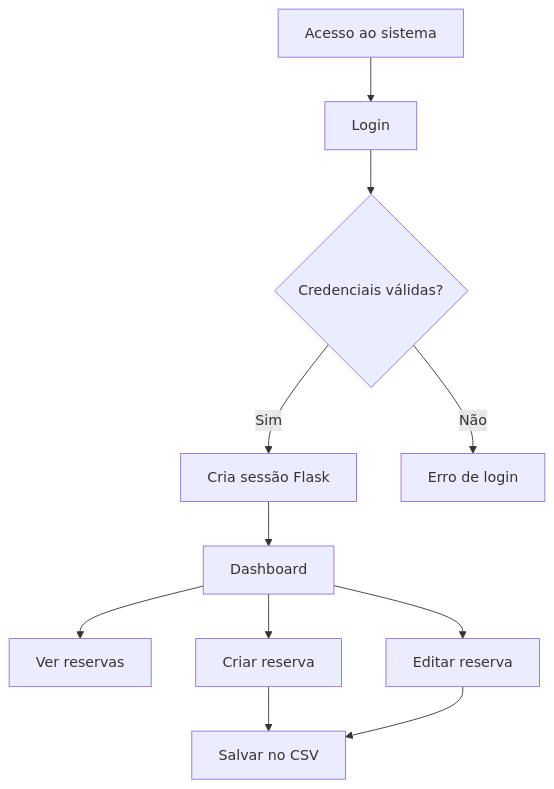
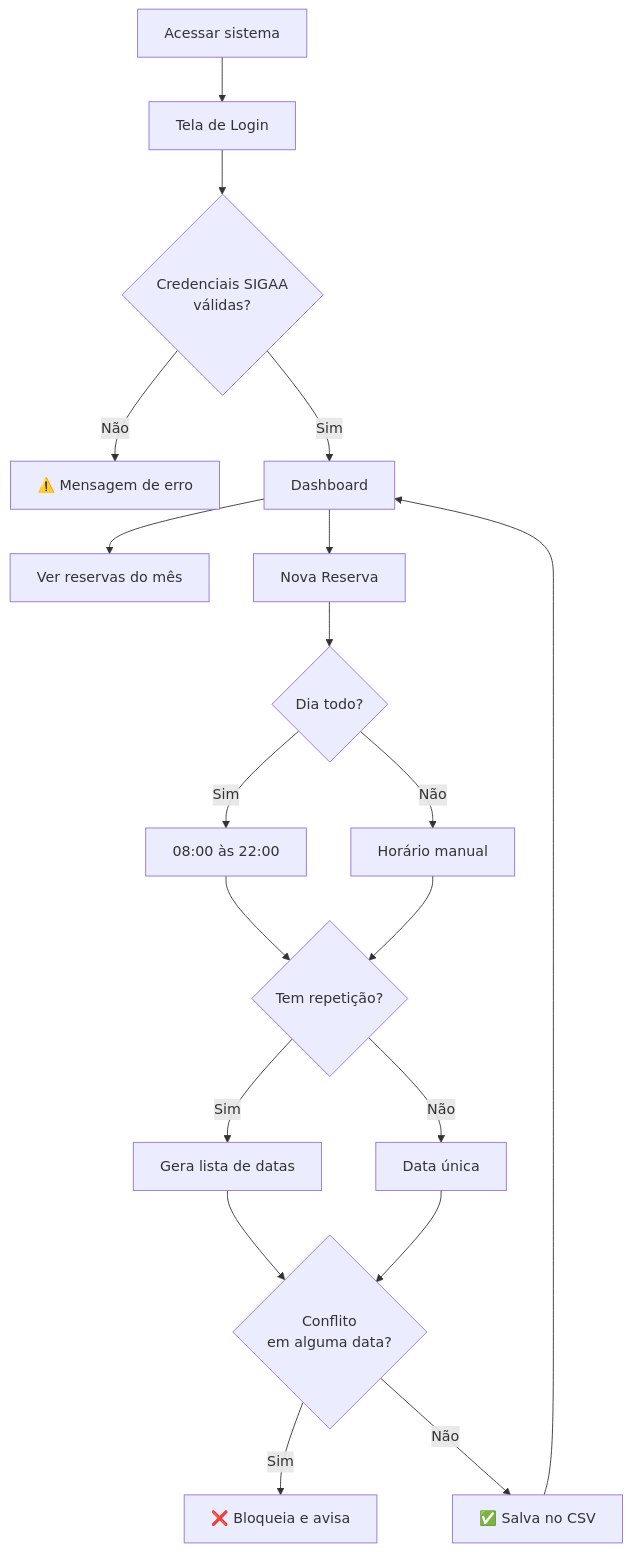
Before and after one commit to FelipeMzero/reserva-ufopa-orixi: the second of 2 diagrams in README.md, drawn with Mermaid. The commit also changed other lines of this file and 9 other files, not shown here.

````diff
--- a/README.md
+++ b/README.md
@@ -48,17 +176,24 @@
 ```mermaid
 flowchart TD
+    A[Acessar sistema] --> B[Tela de Login]
+    B --> C{Credenciais SIGAA\nválidas?}
+    C -->|Não| D[⚠️ Mensagem de erro]
+    C -->|Sim| E[Dashboard]
 
-A[Acesso ao sistema] --> B[Login]
-B --> C{Credenciais válidas?}
+    E --> F[Ver reservas do mês]
+    E --> G[Nova Reserva]
 
-C -->|Sim| D[Cria sessão Flask]
-C -->|Não| E[Erro de login]
+    G --> H{Dia todo?}
+    H -->|Sim| I[08:00 às 22:00]
+    H -->|Não| J[Horário manual]
 
-D --> F[Dashboard]
-F --> G[Ver reservas]
-F --> H[Criar reserva]
-F --> I[Editar reserva]
+    I & J --> K{Tem repetição?}
+    K -->|Sim| L[Gera lista de datas]
+    K -->|Não| M[Data única]
 
-H --> J[Salvar no CSV]
-I --> J
+    L & M --> N{Conflito\nem alguma data?}
+    N -->|Sim| O[❌ Bloqueia e avisa]
+    N -->|Não| P[✅ Salva no CSV]
+
+    P --> E
 ```
````
